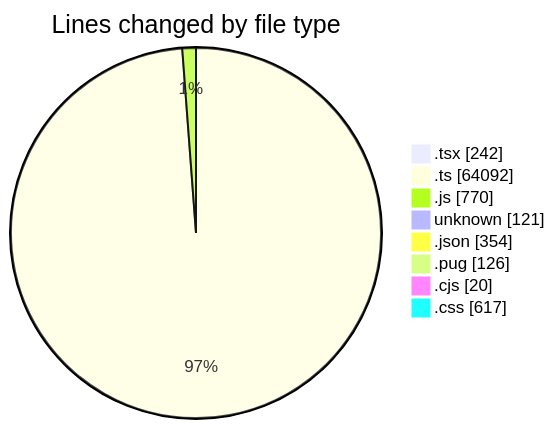
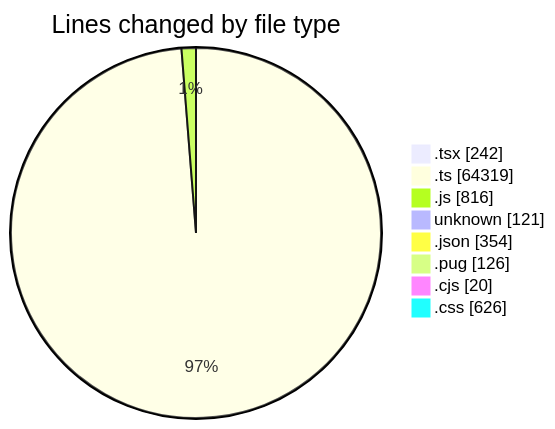
The first of 2 diagrams in 2026-06-01/cda/README.md (momahboobian/code-tracking), drawn with Mermaid before and after one commit. The commit also changed other lines of this file and 1 other file, not shown here.

````diff
--- a/2026-06-01/cda/README.md
+++ b/2026-06-01/cda/README.md
@@ -69,12 +69,12 @@
 ```mermaid
 pie showData
 title Lines changed by file type
 ".tsx" : 242
-".ts" : 64092
-".js" : 770
+".ts" : 64319
+".js" : 816
 "unknown" : 121
 ".json" : 354
 ".pug" : 126
 ".cjs" : 20
-".css" : 617
+".css" : 626
 ```
````
